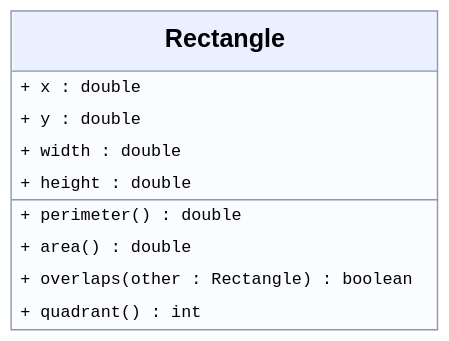
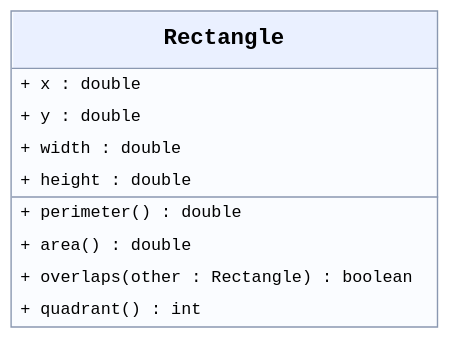
One commit to edetroll/java-oop changed the diagram in content/chapters/02-osztalyok/media/teglalap-en.dot. Above: the diagram before and after it, drawn with Graphviz. The commit also changed 38 other files, not shown here.

```diff
--- a/content/chapters/02-osztalyok/media/teglalap-en.dot
+++ b/content/chapters/02-osztalyok/media/teglalap-en.dot
@@ -1,1 +1,1 @@
-digraph G { graph [bgcolor="transparent",margin=0,pad=0.03]; node [shape=plain]; cl [label=<<TABLE BORDER="1" CELLBORDER="0" CELLSPACING="0" CELLPADDING="3" COLOR="#8a98b1" BGCOLOR="#fafcff"><TR><TD BGCOLOR="#eaf0ff" CELLPADDING="11"><FONT FACE="Arial" POINT-SIZE="18"><B>Rectangle</B></FONT></TD></TR><HR/><TR><TD ALIGN="LEFT" BALIGN="LEFT" CELLPADDING="5"><FONT FACE="monospace" POINT-SIZE="12">+ x : double</FONT></TD></TR><TR><TD ALIGN="LEFT" BALIGN="LEFT" CELLPADDING="5"><FONT FACE="monospace" POINT-SIZE="12">+ y : double</FONT></TD></TR><TR><TD ALIGN="LEFT" BALIGN="LEFT" CELLPADDING="5"><FONT FACE="monospace" POINT-SIZE="12">+ width : double</FONT></TD></TR><TR><TD ALIGN="LEFT" BALIGN="LEFT" CELLPADDING="5"><FONT FACE="monospace" POINT-SIZE="12">+ height : double</FONT></TD></TR><HR/><TR><TD ALIGN="LEFT" BALIGN="LEFT" CELLPADDING="5"><FONT FACE="monospace" POINT-SIZE="12">+ perimeter() : double</FONT></TD></TR><TR><TD ALIGN="LEFT" BALIGN="LEFT" CELLPADDING="5"><FONT FACE="monospace" POINT-SIZE="12">+ area() : double</FONT></TD></TR><TR><TD ALIGN="LEFT" BALIGN="LEFT" CELLPADDING="5"><FONT FACE="monospace" POINT-SIZE="12">+ overlaps(other : Rectangle) : boolean</FONT></TD></TR><TR><TD ALIGN="LEFT" BALIGN="LEFT" CELLPADDING="5"><FONT FACE="monospace" POINT-SIZE="12">+ quadrant() : int</FONT></TD></TR></TABLE>>]; }
+digraph G { graph [bgcolor="transparent",margin=0,pad=0.03]; node [fontname="Liberation Mono",fontsize=12,shape=plain]; cl [label=<<TABLE BORDER="1" CELLBORDER="0" CELLSPACING="0" CELLPADDING="3" COLOR="#8a98b1" BGCOLOR="#fafcff"><TR><TD BGCOLOR="#eaf0ff" CELLPADDING="11"><FONT FACE="Liberation Mono" POINT-SIZE="16"><B>Rectangle</B></FONT></TD></TR><HR/><TR><TD ALIGN="LEFT" BALIGN="LEFT" CELLPADDING="5"><FONT FACE="Liberation Mono" POINT-SIZE="12">+ x : double</FONT></TD></TR><TR><TD ALIGN="LEFT" BALIGN="LEFT" CELLPADDING="5"><FONT FACE="Liberation Mono" POINT-SIZE="12">+ y : double</FONT></TD></TR><TR><TD ALIGN="LEFT" BALIGN="LEFT" CELLPADDING="5"><FONT FACE="Liberation Mono" POINT-SIZE="12">+ width : double</FONT></TD></TR><TR><TD ALIGN="LEFT" BALIGN="LEFT" CELLPADDING="5"><FONT FACE="Liberation Mono" POINT-SIZE="12">+ height : double</FONT></TD></TR><HR/><TR><TD ALIGN="LEFT" BALIGN="LEFT" CELLPADDING="5"><FONT FACE="Liberation Mono" POINT-SIZE="12">+ perimeter() : double</FONT></TD></TR><TR><TD ALIGN="LEFT" BALIGN="LEFT" CELLPADDING="5"><FONT FACE="Liberation Mono" POINT-SIZE="12">+ area() : double</FONT></TD></TR><TR><TD ALIGN="LEFT" BALIGN="LEFT" CELLPADDING="5"><FONT FACE="Liberation Mono" POINT-SIZE="12">+ overlaps(other : Rectangle) : boolean</FONT></TD></TR><TR><TD ALIGN="LEFT" BALIGN="LEFT" CELLPADDING="5"><FONT FACE="Liberation Mono" POINT-SIZE="12">+ quadrant() : int</FONT></TD></TR></TABLE>>]; }
```
